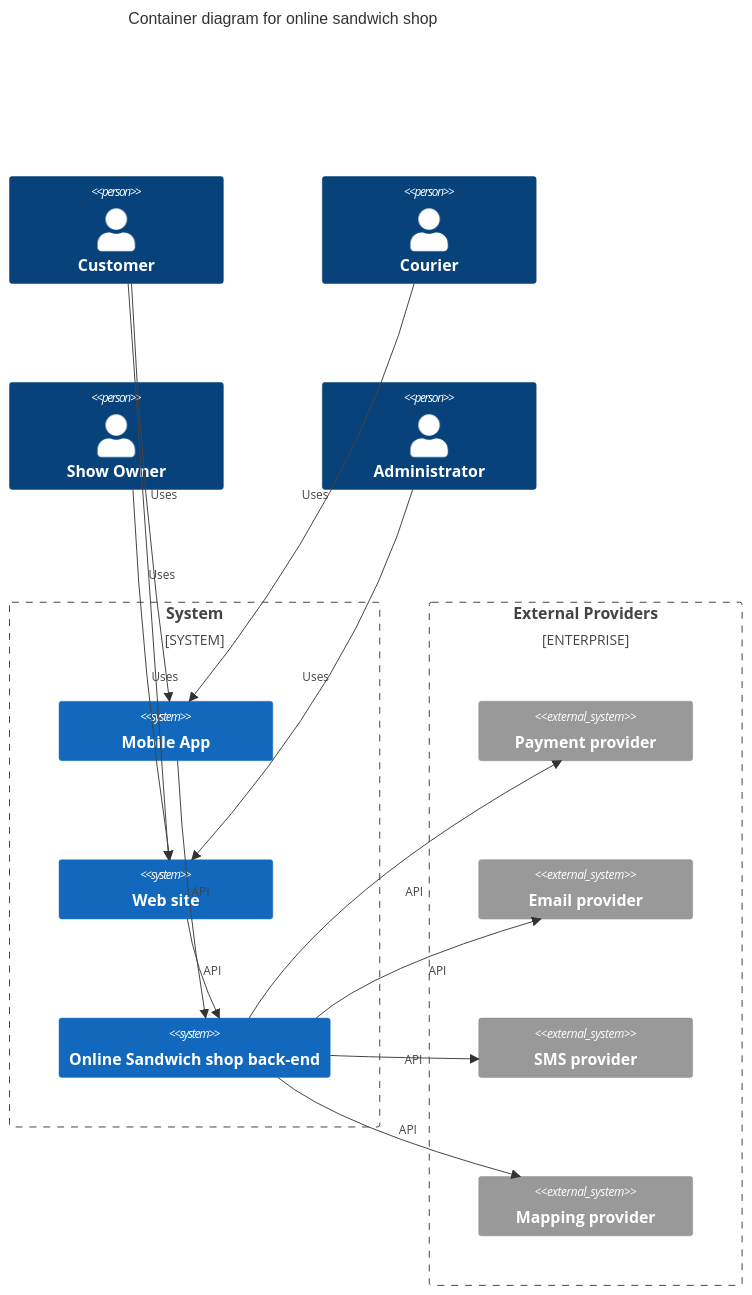
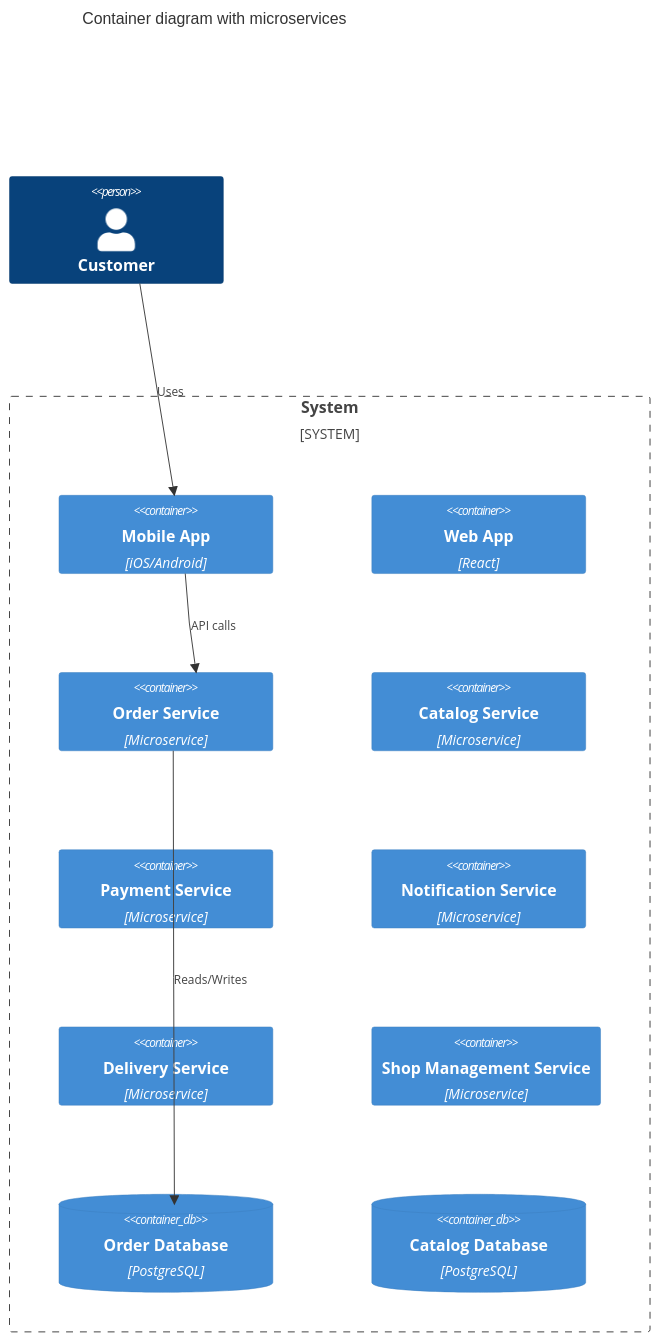
One commit to Romasmi/s-shop-decomposition-to-microservices changed the second of 2 diagrams in readme.md. Above: the diagram before and after it, drawn with Mermaid. The commit also changed other lines of this file, not shown here.

Commit message:
Add event storming diagram and container diagram.

````diff
--- a/readme.md
+++ b/readme.md
@@ -159,37 +171,26 @@
 ```mermaid
 C4Container
-    title Container diagram for online sandwich shop
+    title Container diagram with microservices
 
     Person(customer, "Customer")
-    Person(courier, "Courier")
-    Person(shopOwner, "Show Owner")
-    Person(administrator, "Administrator")
 
     System_Boundary(b0, "System") {
-        System(mobileApp, "Mobile App")
-        System(webSite, "Web site")
-        System(backend, "Online Sandwich shop back-end")
+        Container(mobileApp, "Mobile App", "iOS/Android")
+        Container(webApp, "Web App", "React")
+
+        Container(orderService, "Order Service", "Microservice")
+        Container(catalogService, "Catalog Service", "Microservice")
+        Container(paymentService, "Payment Service", "Microservice")
+        Container(notificationService, "Notification Service", "Microservice")
+        Container(deliveryService, "Delivery Service", "Microservice")
+        Container(shopService, "Shop Management Service", "Microservice")
+
+        ContainerDb(orderDb, "Order Database", "PostgreSQL")
+        ContainerDb(catalogDb, "Catalog Database", "PostgreSQL")
     }
 
-    Enterprise_Boundary(b1, "External Providers") {
-        System_Ext(paymentProvider, "Payment provider")
-        System_Ext(emailProvider, "Email provider")
-        System_Ext(smsProvider, "SMS provider")
-        System_Ext(mappingProvider, "Mapping provider")
-    }
-
-    Rel(customer, webSite, "Uses")
     Rel(customer, mobileApp, "Uses")
-    Rel(shopOwner, webSite, "Uses")
-    Rel(courier, mobileApp, "Uses")
-    Rel(administrator, webSite, "Uses")
-
-    Rel(webSite, backend, "API")
-    Rel(mobileApp, backend, "API")
-
-    Rel(backend, mappingProvider, "API")
-    Rel(backend, smsProvider, "API")
-    Rel(backend, paymentProvider, "API")
-    Rel(backend, emailProvider, "API")
+    Rel(mobileApp, orderService, "API calls")
+    Rel(orderService, orderDb, "Reads/Writes")
     
 ```
````
